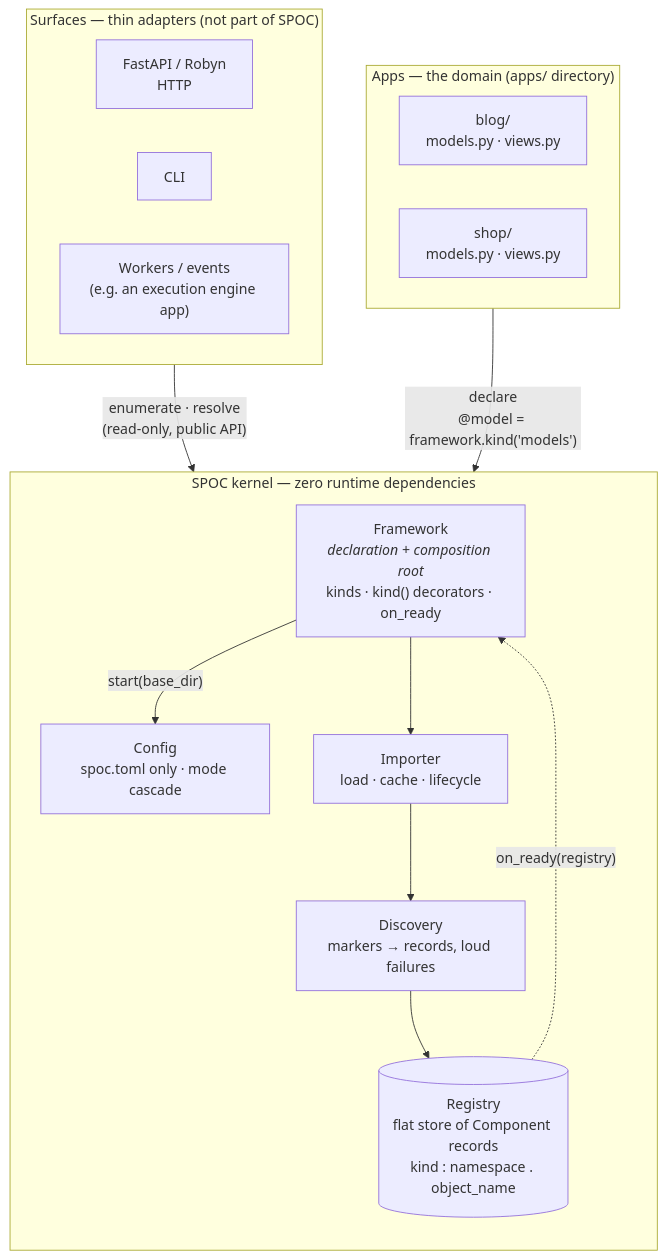
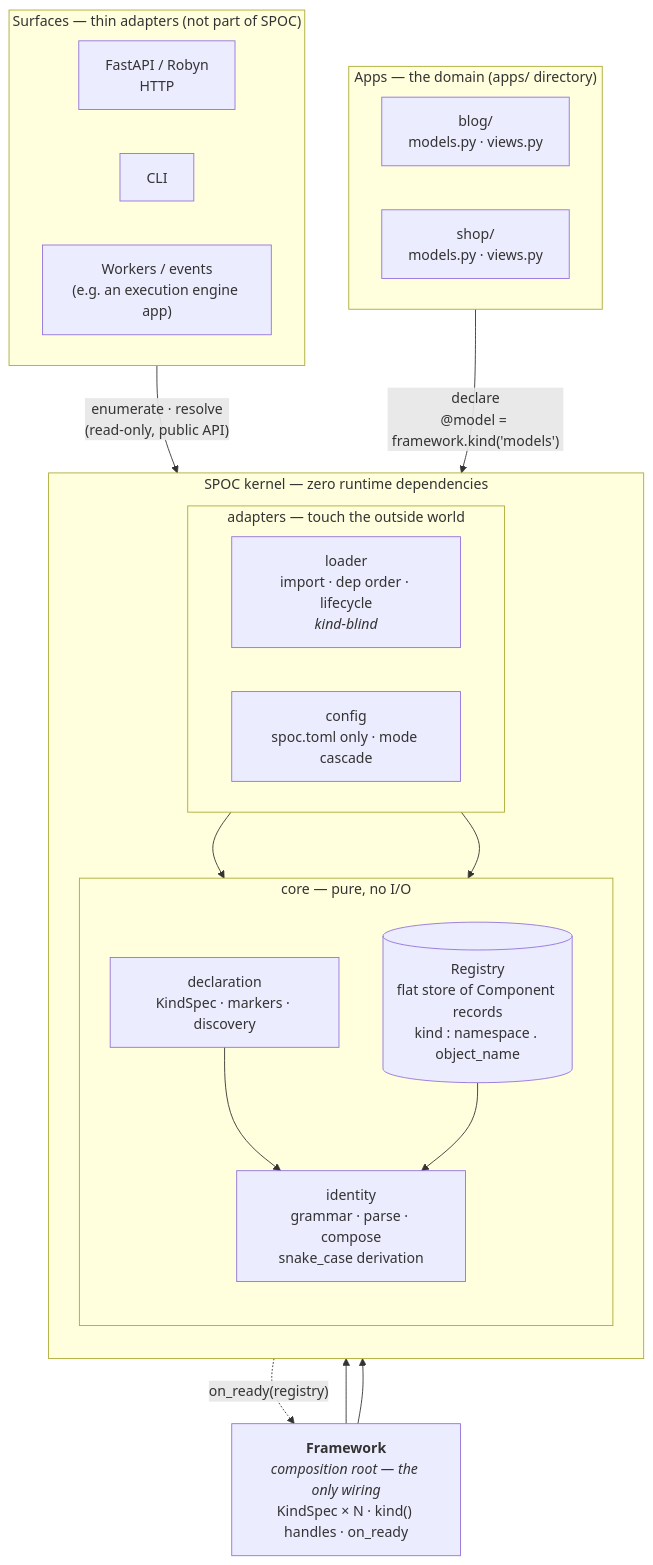
The first of 6 diagrams in docs/architecture/kernel.md (hlop3z/spoc), drawn with Mermaid before and after one commit. The commit also changed other lines of this file and 14 other files, not shown here.

First line of the commit message:
docs: redraw the kernel architecture and update the API reference

````diff
--- a/docs/architecture/kernel.md
+++ b/docs/architecture/kernel.md
@@ -10,33 +19,45 @@
 ```mermaid
 flowchart TB
     subgraph surfaces ["Surfaces — thin adapters (not part of SPOC)"]
         direction LR
         fastapi["FastAPI / Robyn<br/>HTTP"]
         cli["CLI"]
         workers["Workers / events<br/>(e.g. an execution engine app)"]
     end
 
+    root["<b>Framework</b><br/><i>composition root — the only wiring</i><br/>KindSpec × N · kind() handles · on_ready"]
+
     subgraph kernel ["SPOC kernel — zero runtime dependencies"]
         direction TB
-        framework["Framework<br/><i>declaration + composition root</i><br/>kinds · kind() decorators · on_ready"]
-        config["Config<br/>spoc.toml only · mode cascade"]
-        importer["Importer<br/>load · cache · lifecycle"]
-        discovery["Discovery<br/>markers → records, loud failures"]
-        registry[("Registry<br/>flat store of Component records<br/>kind : namespace . object_name")]
 
-        framework -- "start(base_dir)" --> config
-        framework --> importer
-        importer --> discovery
-        discovery --> registry
-        registry -. "on_ready(registry)" .-> framework
+        subgraph core ["core — pure, no I/O"]
+            direction TB
+            identity["identity<br/>grammar · parse · compose<br/>snake_case derivation"]
+            declaration["declaration<br/>KindSpec · markers · discovery"]
+            registry[("Registry<br/>flat store of Component records<br/>kind : namespace . object_name")]
+        end
+
+        subgraph adapters ["adapters — touch the outside world"]
+            direction LR
+            loader["loader<br/>import · dep order · lifecycle<br/><i>kind-blind</i>"]
+            config["config<br/>spoc.toml only · mode cascade"]
+        end
     end
 
     subgraph apps ["Apps — the domain (apps/ directory)"]
         direction LR
         blog["blog/<br/>models.py · views.py"]
         shop["shop/<br/>models.py · views.py"]
     end
 
+    declaration --> identity
+    registry --> identity
+    loader --> core
+    config --> core
+    root --> core
+    root --> adapters
+    registry -. "on_ready(registry)" .-> root
+
     surfaces -- "enumerate · resolve<br/>(read-only, public API)" --> registry
-    apps -- "declare<br/>@model = framework.kind('models')" --> discovery
+    apps -- "declare<br/>@model = framework.kind('models')" --> declaration
 ```
````
